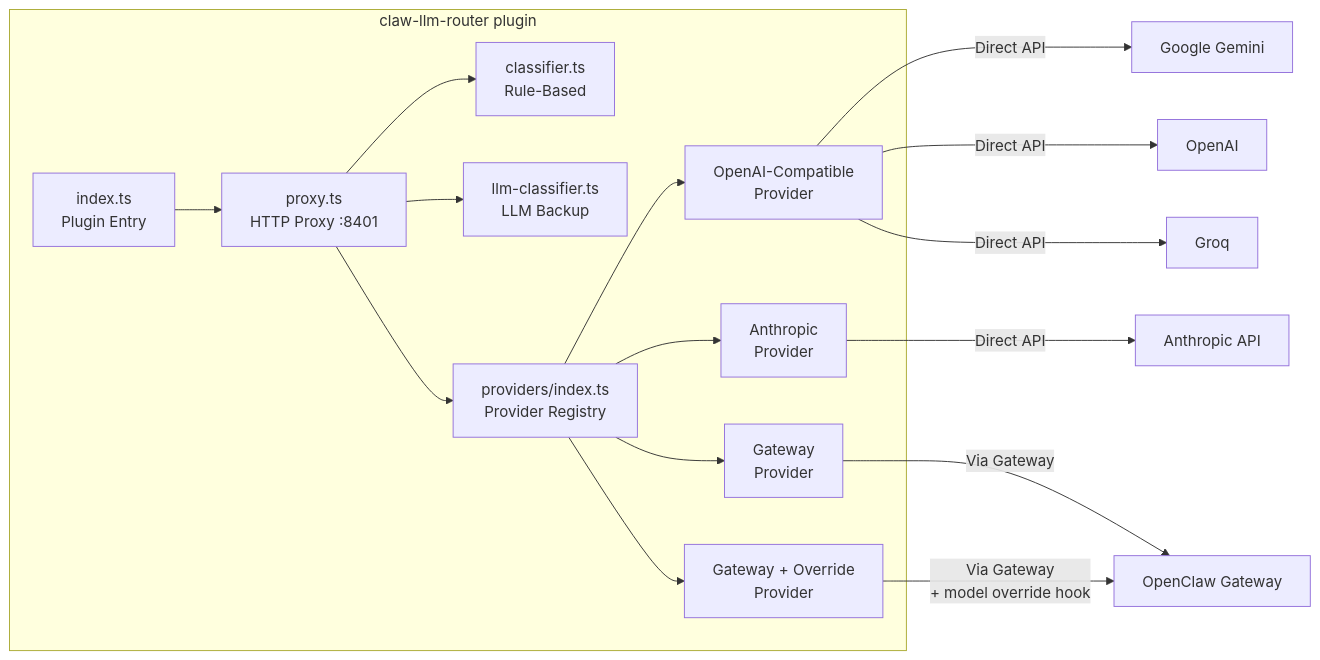
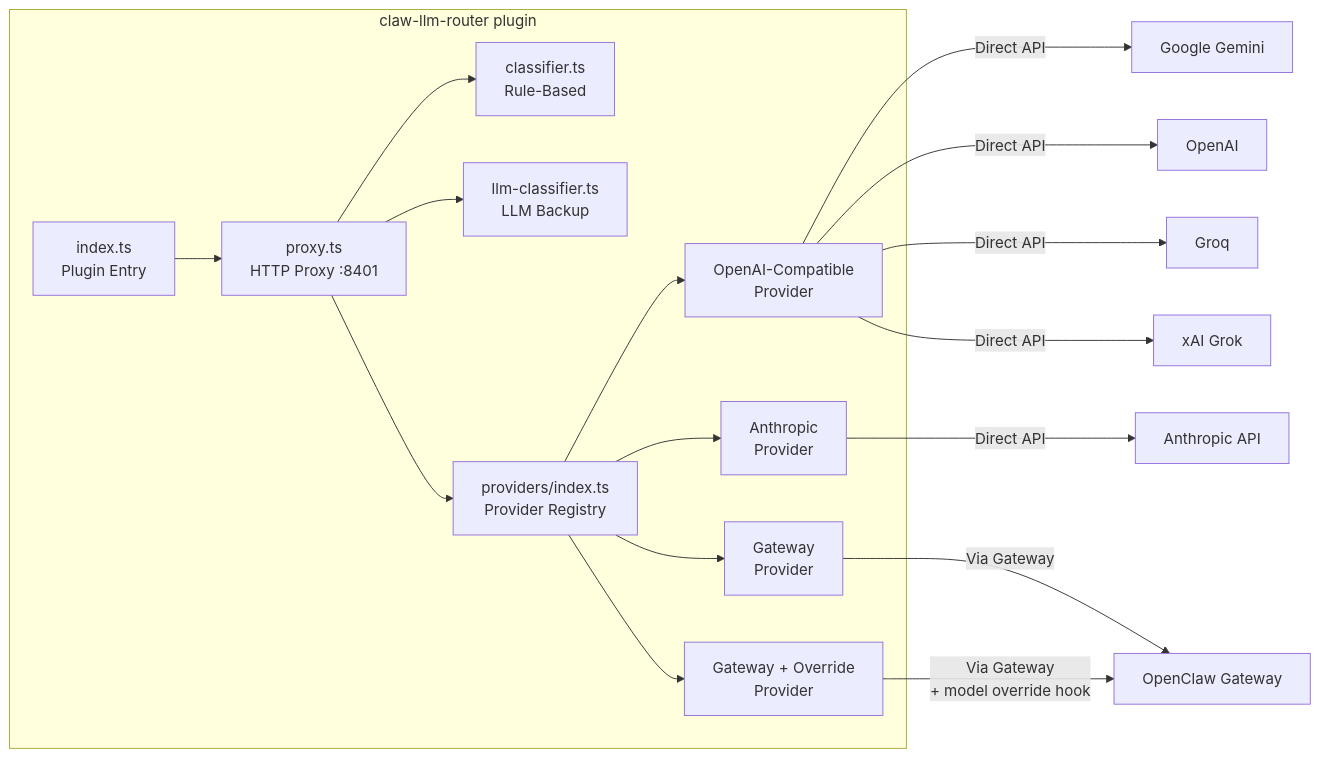
The second of 3 diagrams in README.md (donnfelker/claw-llm-router), drawn with Mermaid before and after one commit. The commit also changed other lines of this file and 3 other files, not shown here.

````diff
--- a/README.md
+++ b/README.md
@@ -83,20 +83,21 @@
 ```mermaid
 flowchart LR
     subgraph Plugin ["claw-llm-router plugin"]
         IDX[index.ts<br/>Plugin Entry] --> PROXY[proxy.ts<br/>HTTP Proxy :8401]
         PROXY --> CLS[classifier.ts<br/>Rule-Based]
         PROXY --> LLM[llm-classifier.ts<br/>LLM Backup]
         PROXY --> CALL[providers/index.ts<br/>Provider Registry]
         CALL --> OAI[OpenAI-Compatible<br/>Provider]
         CALL --> ANT[Anthropic<br/>Provider]
         CALL --> GW[Gateway<br/>Provider]
         CALL --> GWO[Gateway + Override<br/>Provider]
     end
 
     OAI -->|Direct API| GOOGLE[Google Gemini]
     OAI -->|Direct API| OPENAI[OpenAI]
     OAI -->|Direct API| GROQ[Groq]
+    OAI -->|Direct API| XAI[xAI Grok]
     ANT -->|Direct API| ANTAPI[Anthropic API]
     GW -->|Via Gateway| GWSVC[OpenClaw Gateway]
     GWO -->|Via Gateway<br/>+ model override hook| GWSVC
 ```
````
